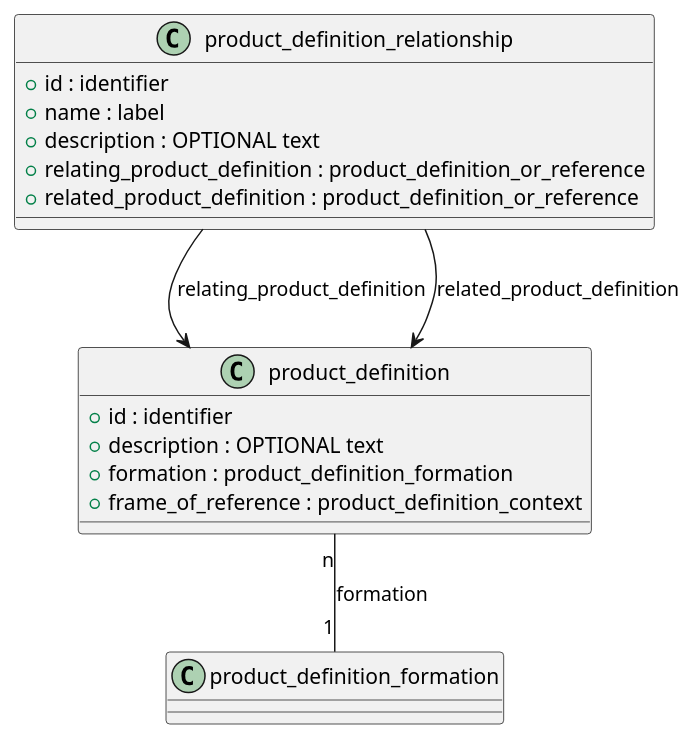
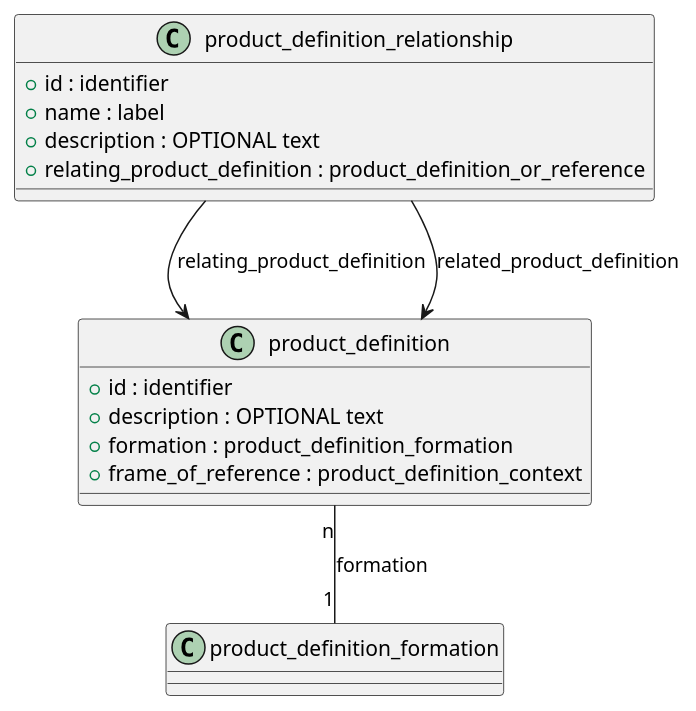
One commit to chukkaba/10303 changed the diagram in 002 Product/Product/product_definition/source/product_definition.pu. Above: the diagram before and after it, drawn with PlantUML. The commit also changed 37 other files, not shown here.

```diff
--- a/002 Product/Product/product_definition/source/product_definition.pu
+++ b/002 Product/Product/product_definition/source/product_definition.pu
@@ -1,32 +1,31 @@
 @startuml
 
 
 
 class product_definition {
   +id : identifier
   +description : OPTIONAL text
   +formation : product_definition_formation
   +frame_of_reference : product_definition_context
 }
 
 class product_definition_formation {
 }
 
 class product_definition_relationship {
   +id : identifier
   +name : label
   +description : OPTIONAL text
   +relating_product_definition : product_definition_or_reference
-  +related_product_definition : product_definition_or_reference
 }
 
 
 
 ' Связи между классами
 
 product_definition "n" -- "1" product_definition_formation : formation
 product_definition_relationship --> product_definition : relating_product_definition
 product_definition_relationship --> product_definition : related_product_definition
 
 
 @enduml
```
